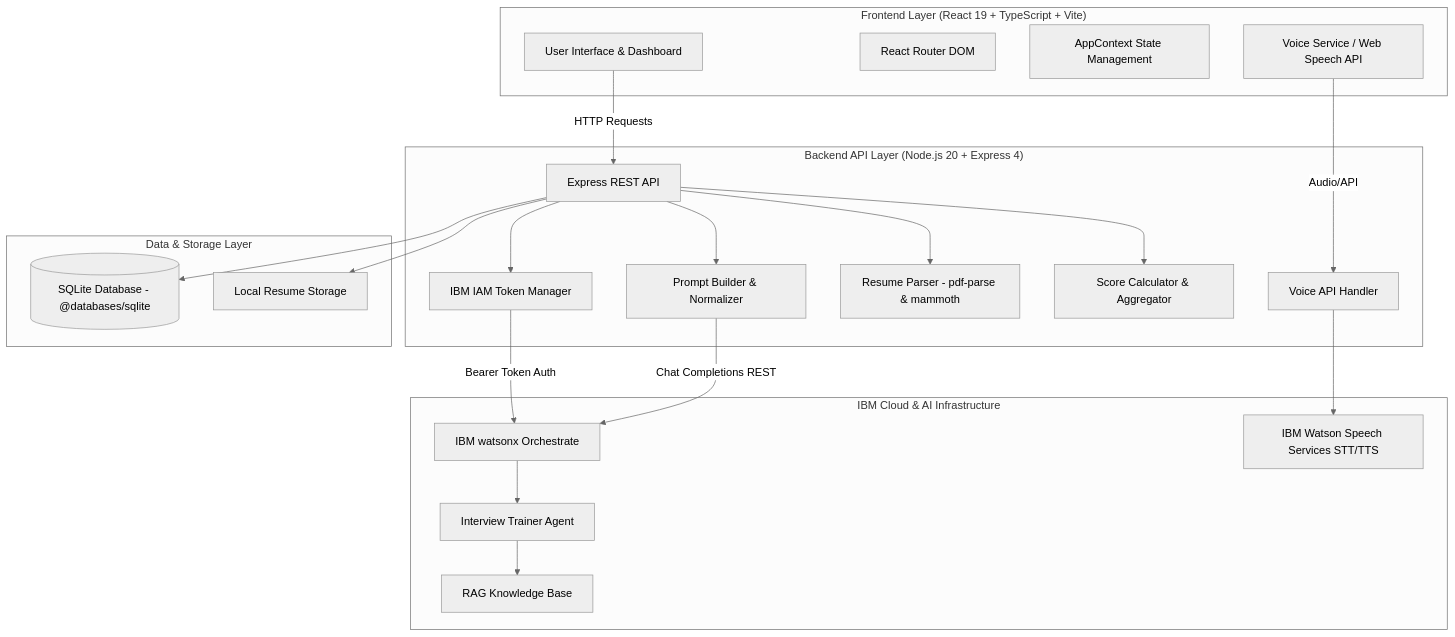
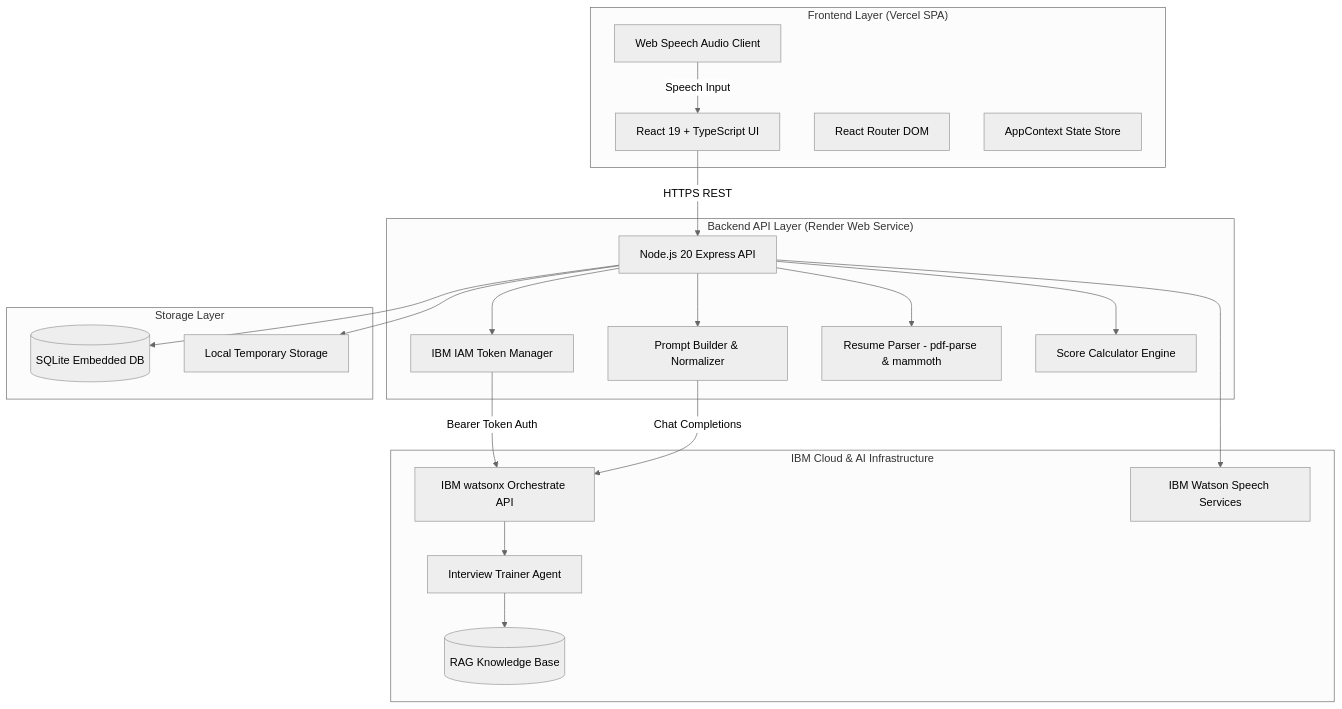
One commit to rukeshsg/AI-Interview-Trainer changed the second of 2 diagrams in README.md. Above: the diagram before and after it, drawn with Mermaid (neutral theme). The commit also changed other lines of this file, not shown here.

````diff
--- a/README.md
+++ b/README.md
@@ -102,44 +170,43 @@
 ```mermaid
 graph TD
-    subgraph Client ["Frontend Layer (React 19 + TypeScript + Vite)"]
-        UI[User Interface & Dashboard]
+    subgraph Client ["Frontend Layer (Vercel SPA)"]
+        UI[React 19 + TypeScript UI]
         Router[React Router DOM]
-        Context[AppContext State Management]
-        VoiceClient[Voice Service / Web Speech API]
+        State[AppContext State Store]
+        VoiceClient[Web Speech Audio Client]
     end
 
-    subgraph Server ["Backend API Layer (Node.js 20 + Express 4)"]
-        API[Express REST API]
-        AuthHandler[IBM IAM Token Manager]
-        PromptEngine[Prompt Builder & Normalizer]
-        ResumeParser[Resume Parser - pdf-parse & mammoth]
-        ScoreEngine[Score Calculator & Aggregator]
-        VoiceAPI[Voice API Handler]
+    subgraph Server ["Backend API Layer (Render Web Service)"]
+        Express[Node.js 20 Express API]
+        Auth[IBM IAM Token Manager]
+        Prompt[Prompt Builder & Normalizer]
+        Resume[Resume Parser - pdf-parse & mammoth]
+        Score[Score Calculator Engine]
     end
 
-    subgraph DataLayer ["Data & Storage Layer"]
-        DB[(SQLite Database - @databases/sqlite)]
-        Uploads[Local Resume Storage]
+    subgraph Persistence ["Storage Layer"]
+        DB[(SQLite Embedded DB)]
+        Uploads[Local Temporary Storage]
     end
 
-    subgraph AICloud ["IBM Cloud & AI Infrastructure"]
-        Orchestrate[IBM watsonx Orchestrate]
+    subgraph IBMCloud ["IBM Cloud & AI Infrastructure"]
+        Orchestrate[IBM watsonx Orchestrate API]
         Agent[Interview Trainer Agent]
-        RAG[RAG Knowledge Base]
-        SpeechServices[IBM Watson Speech Services STT/TTS]
+        RAG[(RAG Knowledge Base)]
+        Speech[IBM Watson Speech Services]
     end
 
-    UI -->|HTTP Requests| API
-    VoiceClient -->|Audio/API| VoiceAPI
-    API --> DB
-    API --> Uploads
-    API --> ResumeParser
-    API --> ScoreEngine
-    API --> AuthHandler
-    AuthHandler -->|Bearer Token Auth| Orchestrate
-    API --> PromptEngine
-    PromptEngine -->|Chat Completions REST| Orchestrate
+    UI -->|HTTPS REST| Express
+    VoiceClient -->|Speech Input| UI
+    Express --> DB
+    Express --> Uploads
+    Express --> Resume
+    Express --> Score
+    Express --> Auth
+    Auth -->|Bearer Token Auth| Orchestrate
+    Express --> Prompt
+    Prompt -->|Chat Completions| Orchestrate
     Orchestrate --> Agent
     Agent --> RAG
-    VoiceAPI --> SpeechServices
+    Express --> Speech
 ```
````
